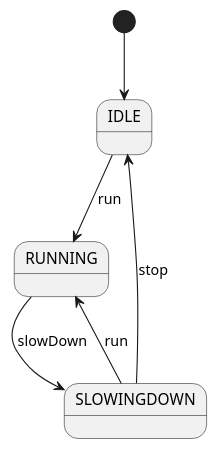
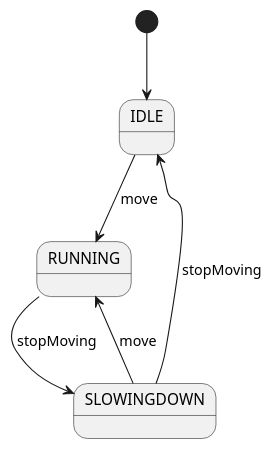
One commit to lmtb06/Dungeon changed the diagram in diagrammes/etats/joueur.puml. Above: the diagram before and after it, drawn with PlantUML. The commit also changed 1 other file, not shown here.

Commit message:
Mis à jour diagramme sprint 2 # Détails - Mise à jour du diagramme de classe - Mise à jour du diagramme d'état du joueur # Remarques - Version préliminaire et incompléte mais progression

```diff
--- a/diagrammes/etats/joueur.puml
+++ b/diagrammes/etats/joueur.puml
@@ -1,9 +1,9 @@
 @startuml
 
 [*] --> IDLE
-IDLE --> RUNNING : run
-RUNNING --> SLOWINGDOWN : slowDown
-SLOWINGDOWN --> IDLE : stop
-SLOWINGDOWN --> RUNNING : run
+IDLE --> RUNNING : move
+RUNNING --> SLOWINGDOWN : stopMoving
+SLOWINGDOWN --> IDLE : stopMoving
+SLOWINGDOWN --> RUNNING : move
 
 @enduml
```
